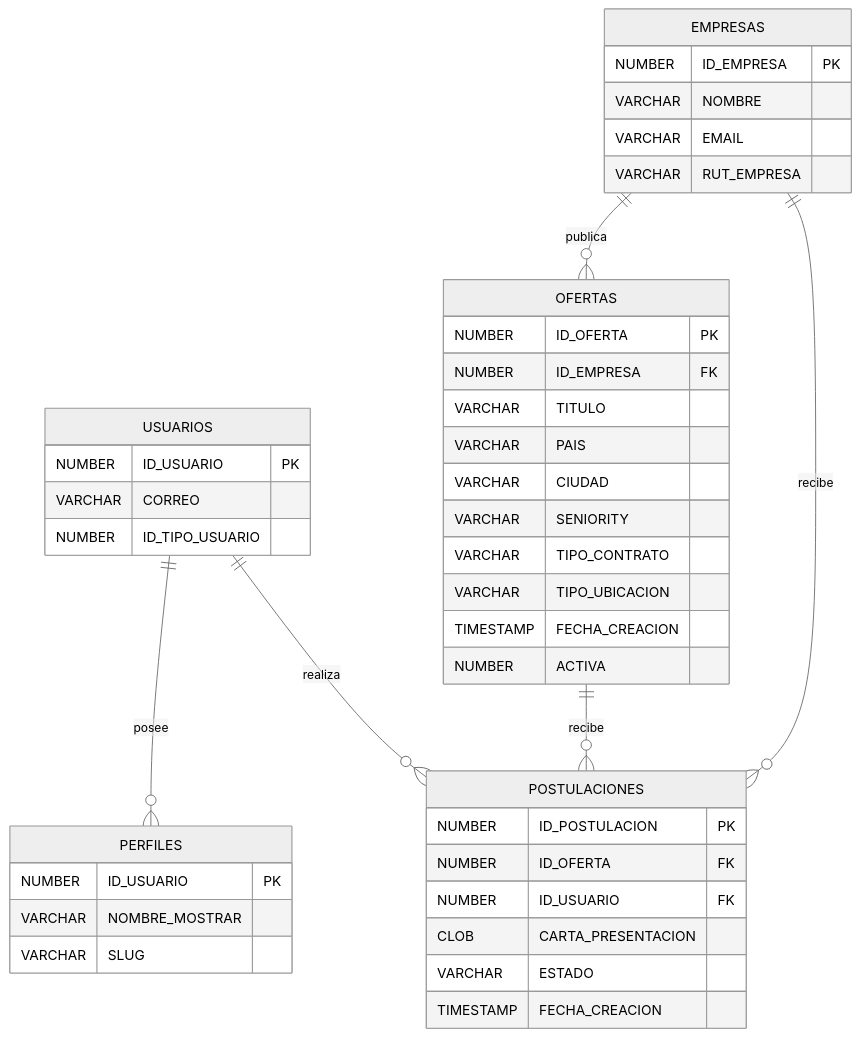
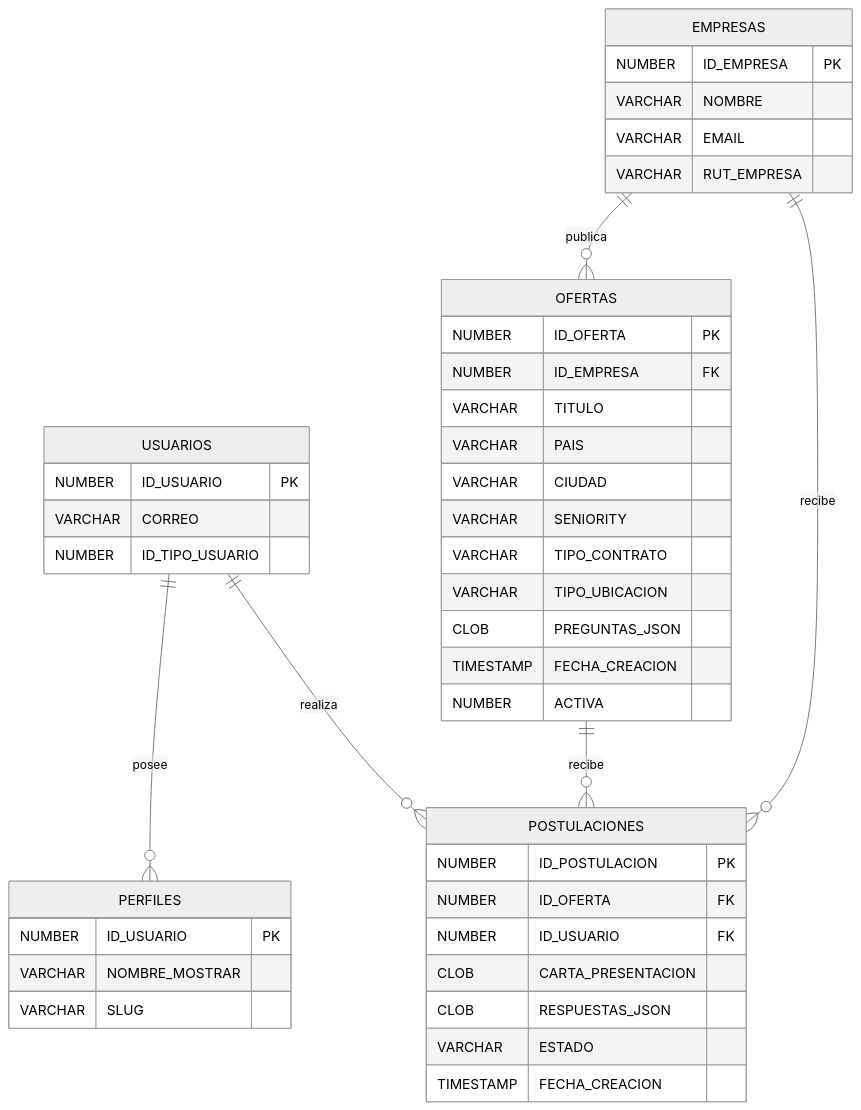
One commit to Rena-Puente/CAPSTONE changed the diagram in CODIGO/CAPSTONE/server/sql/model/README.md. Above: the diagram before and after it, drawn with Mermaid (neutral theme). The commit also changed other lines of this file and 4 other files, not shown here.

````diff
--- a/CODIGO/CAPSTONE/server/sql/model/README.md
+++ b/CODIGO/CAPSTONE/server/sql/model/README.md
@@ -7,49 +7,51 @@
 ```mermaid
 erDiagram
   USUARIOS ||--o{ PERFILES : "posee"
   USUARIOS ||--o{ POSTULACIONES : "realiza"
   EMPRESAS ||--o{ OFERTAS : "publica"
   OFERTAS ||--o{ POSTULACIONES : "recibe"
   EMPRESAS ||--o{ POSTULACIONES : "recibe"
 
   USUARIOS {
     NUMBER ID_USUARIO PK
     VARCHAR CORREO
     NUMBER ID_TIPO_USUARIO
   }
 
   PERFILES {
     NUMBER ID_USUARIO PK
     VARCHAR NOMBRE_MOSTRAR
     VARCHAR SLUG
   }
 
   EMPRESAS {
     NUMBER ID_EMPRESA PK
     VARCHAR NOMBRE
     VARCHAR EMAIL
     VARCHAR RUT_EMPRESA
   }
 
   OFERTAS {
     NUMBER ID_OFERTA PK
     NUMBER ID_EMPRESA FK
     VARCHAR TITULO
     VARCHAR PAIS
     VARCHAR CIUDAD
     VARCHAR SENIORITY
     VARCHAR TIPO_CONTRATO
     VARCHAR TIPO_UBICACION
+    CLOB PREGUNTAS_JSON
     TIMESTAMP FECHA_CREACION
     NUMBER ACTIVA
   }
 
   POSTULACIONES {
     NUMBER ID_POSTULACION PK
     NUMBER ID_OFERTA FK
     NUMBER ID_USUARIO FK
     CLOB CARTA_PRESENTACION
+    CLOB RESPUESTAS_JSON
     VARCHAR ESTADO
     TIMESTAMP FECHA_CREACION
   }
 ```
````
